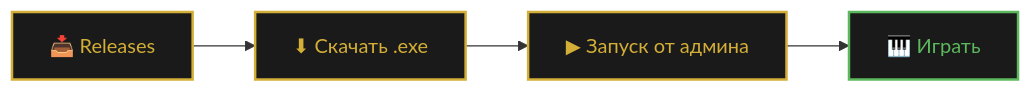
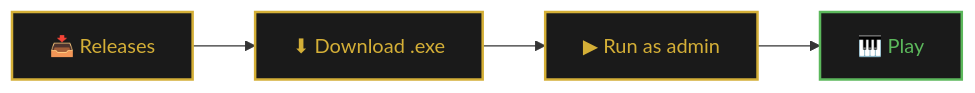
The first of 2 diagrams in README.md (SMisha2/AstraKeys), drawn with Mermaid before and after one commit. The commit also changed other lines of this file, not shown here.

````diff
--- a/README.md
+++ b/README.md
@@ -199,9 +199,9 @@
 ```mermaid
 graph LR
-    A[📥 Releases]:::step --> B[⬇ Скачать .exe]:::step
-    B --> C[▶ Запуск от админа]:::step
-    C --> D[🎹 Играть]:::final
+    A[📥 Releases]:::step --> B[⬇ Download .exe]:::step
+    B --> C[▶ Run as admin]:::step
+    C --> D[🎹 Play]:::final
 
     classDef step fill:#1a1a1a,stroke:#d4af37,color:#d4af37,stroke-width:2px
     classDef final fill:#1a1a1a,stroke:#5cb85c,color:#5cb85c,stroke-width:2px
 ```
````
